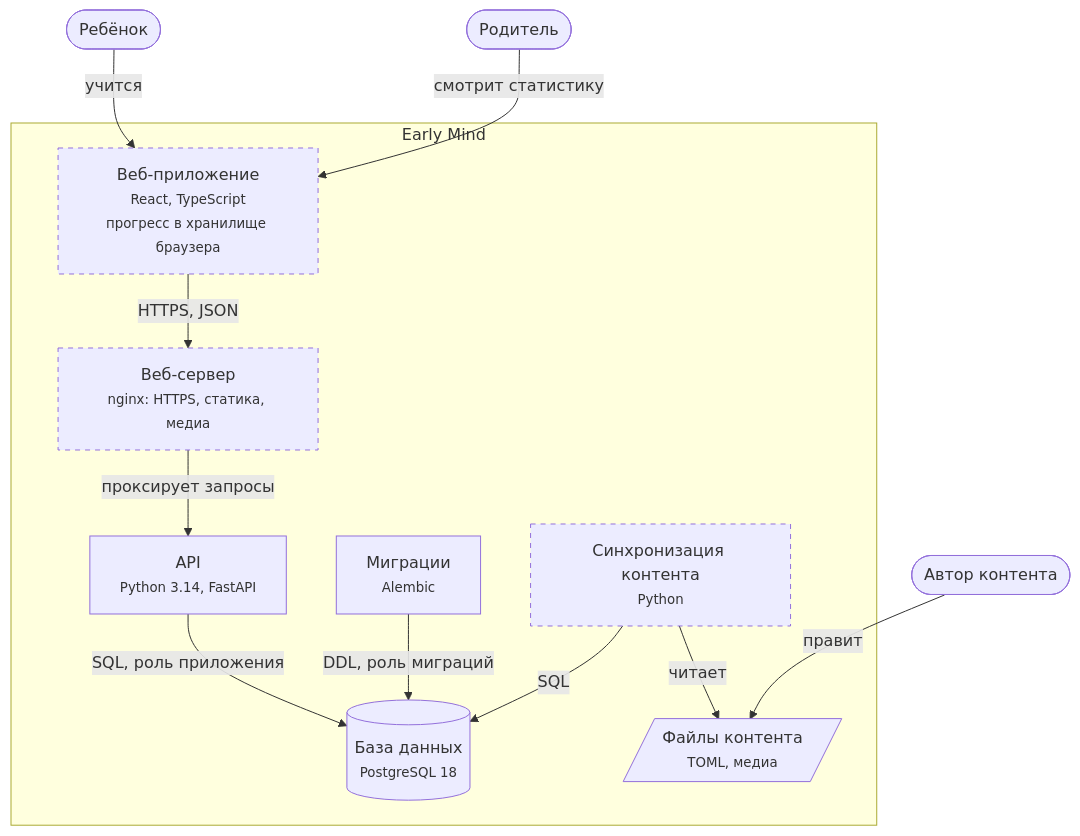
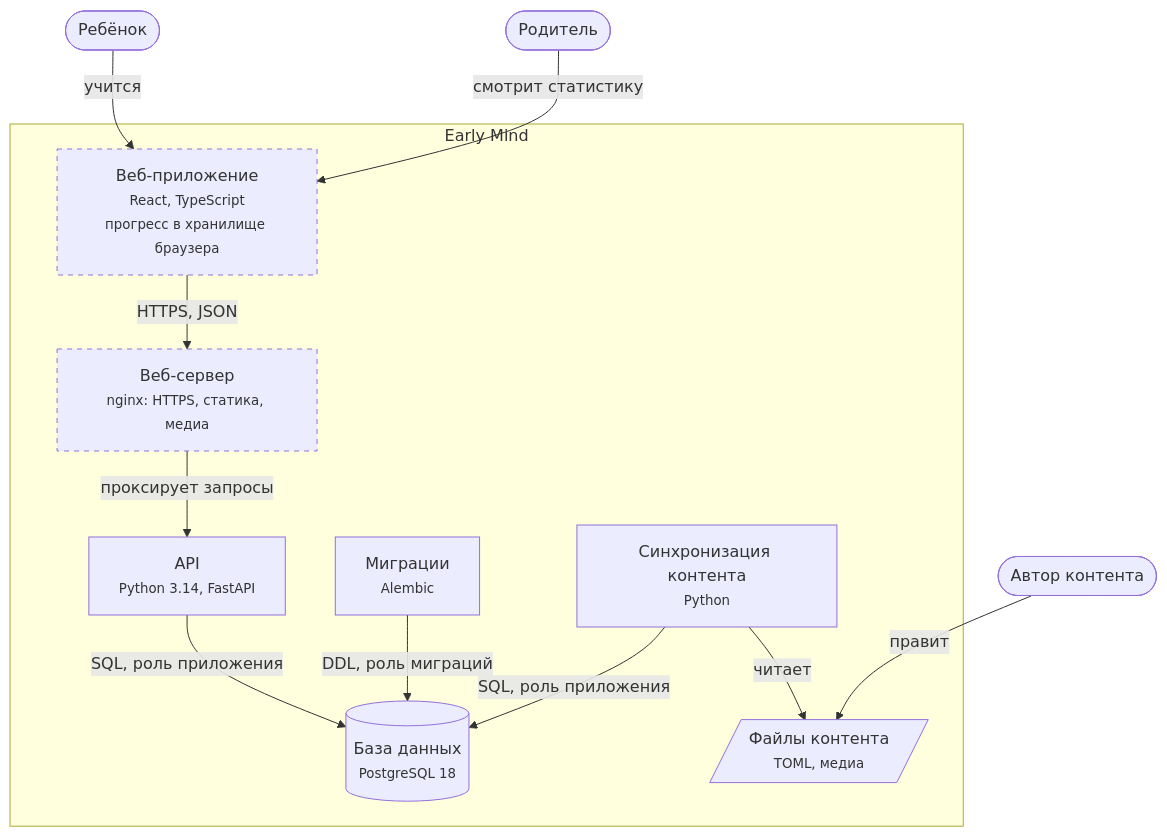
Before and after one commit to nsat1/early-mind: the second of 2 diagrams in docs/architecture/c4.md, drawn with Mermaid. The commit also changed other lines of this file and 5 other files, not shown here.

````diff
--- a/docs/architecture/c4.md
+++ b/docs/architecture/c4.md
@@ -28,26 +28,26 @@
 ```mermaid
 flowchart TB
     child(["Ребёнок"])
     parent(["Родитель"])
     author(["Автор контента"])
     subgraph em [Early Mind]
         spa["Веб-приложение<br/><small>React, TypeScript<br/>прогресс в хранилище браузера</small>"]
         web["Веб-сервер<br/><small>nginx: HTTPS, статика, медиа</small>"]
         api["API<br/><small>Python 3.14, FastAPI</small>"]
         db[("База данных<br/><small>PostgreSQL 18</small>")]
         migrations["Миграции<br/><small>Alembic</small>"]
         sync["Синхронизация контента<br/><small>Python</small>"]
         content[/"Файлы контента<br/><small>TOML, медиа</small>"/]
     end
     child -->|учится| spa
     parent -->|смотрит статистику| spa
     spa -->|"HTTPS, JSON"| web
     web -->|проксирует запросы| api
     api -->|"SQL, роль приложения"| db
     migrations -->|"DDL, роль миграций"| db
     sync -->|читает| content
-    sync -->|"SQL"| db
+    sync -->|"SQL, роль приложения"| db
     author -->|правит| content
     classDef planned stroke-dasharray: 5 5
-    class spa,web,sync planned
+    class spa,web planned
 ```
````
